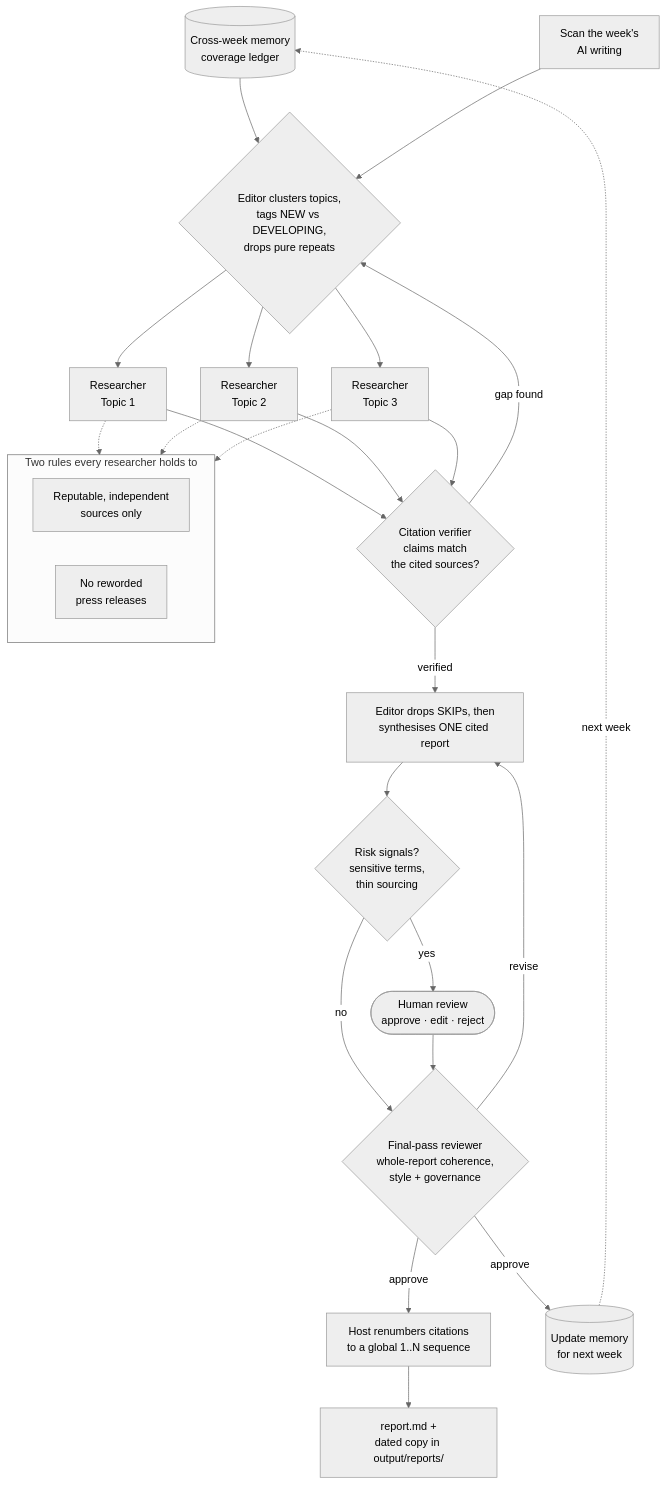
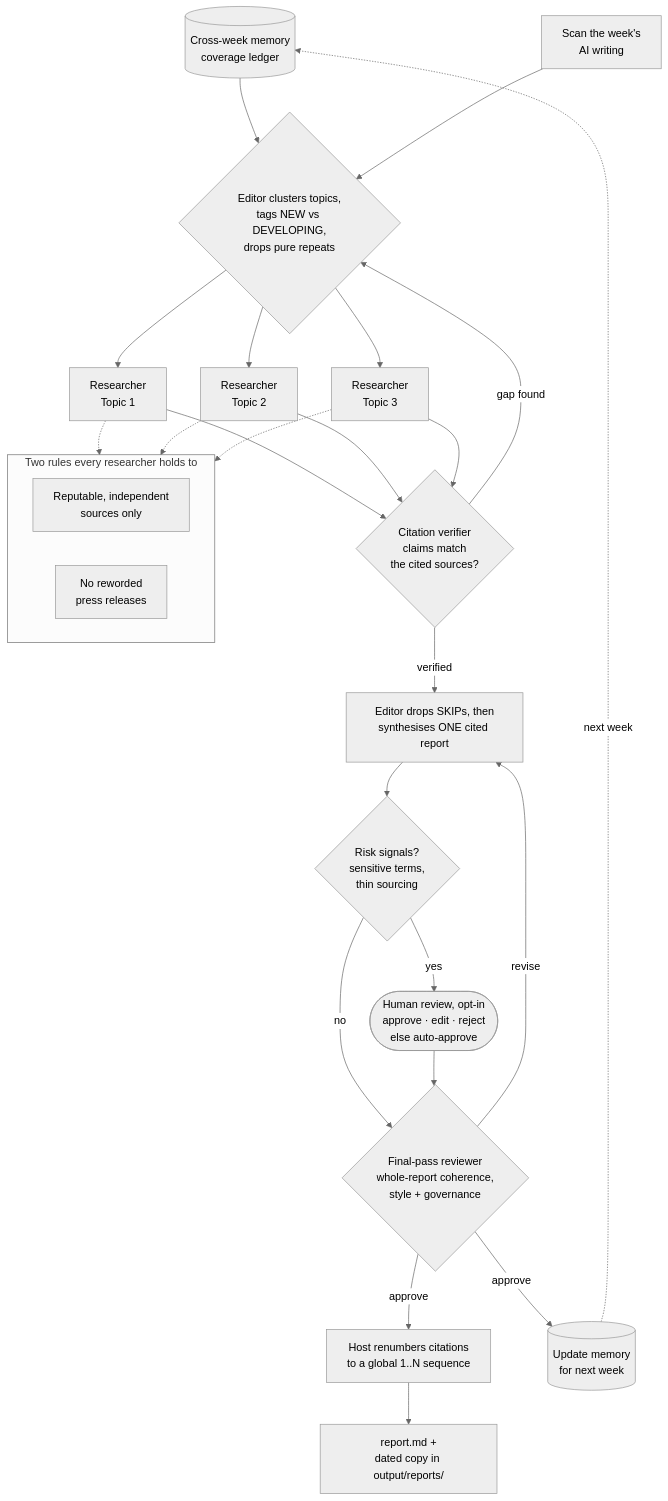
One commit to joel-langchain/throughline changed the diagram in README.md. Above: the diagram before and after it, drawn with Mermaid (neutral theme). The commit also changed other lines of this file and 1 other file, not shown here.

First line of the commit message:
hitl: auto-approve by default, --review opts into human review

````diff
--- a/README.md
+++ b/README.md
@@ -17,30 +17,30 @@
 ```mermaid
 flowchart TD
     MEM[(Cross-week memory<br/>coverage ledger)] --> B
     A[Scan the week's<br/>AI writing] --> B{Editor clusters topics,<br/>tags NEW vs DEVELOPING,<br/>drops pure repeats}
     B --> R1[Researcher<br/>Topic 1]
     B --> R2[Researcher<br/>Topic 2]
     B --> R3[Researcher<br/>Topic 3]
     subgraph G [Two rules every researcher holds to]
         direction LR
         Q1[Reputable, independent<br/>sources only]
         Q2[No reworded<br/>press releases]
     end
     R1 -.-> G
     R2 -.-> G
     R3 -.-> G
     R1 --> V{Citation verifier<br/>claims match<br/>the cited sources?}
     R2 --> V
     R3 --> V
     V -->|gap found| B
     V -->|verified| S[Editor drops SKIPs, then<br/>synthesises ONE cited report]
     S --> HITL{Risk signals?<br/>sensitive terms,<br/>thin sourcing}
-    HITL -->|yes| HR([Human review<br/>approve · edit · reject])
+    HITL -->|yes| HR([Human review, opt-in<br/>approve · edit · reject<br/>else auto-approve])
     HITL -->|no| FP
     HR --> FP{Final-pass reviewer<br/>whole-report coherence,<br/>style + governance}
     FP -->|revise| S
     FP -->|approve| RN[Host renumbers citations<br/>to a global 1..N sequence]
     FP -->|approve| U[(Update memory<br/>for next week)]
     RN --> O[report.md +<br/>dated copy in output/reports/]
     U -.->|next week| MEM
 ```
````
